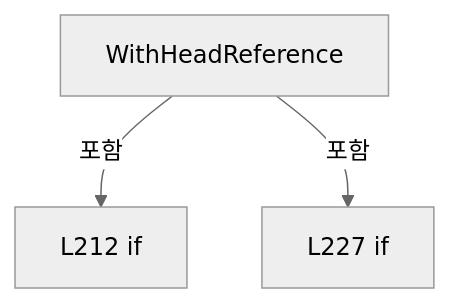
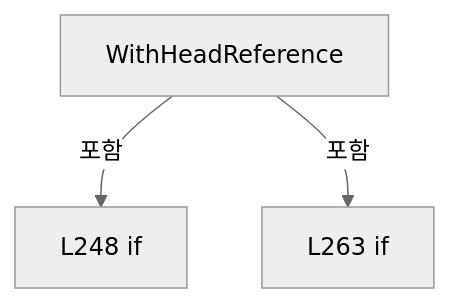
Before and after one commit to kjuws10-rgb/Shared: diagram 15 of 16 in A3 LD Code Ref/files/Drilling.Common/Correction/CDefaultOffsetCalibration.cs.md, drawn with Mermaid (neutral theme). The commit also changed other lines of this file and 1984 other files, not shown here.

Commit message:
docs(a3): update 11.17.0 architecture and complete code reference

````diff
--- a/A3 LD Code Ref/files/Drilling.Common/Correction/CDefaultOffsetCalibration.cs.md
+++ b/A3 LD Code Ref/files/Drilling.Common/Correction/CDefaultOffsetCalibration.cs.md
@@ -1407,8 +1630,8 @@
 ```mermaid
 flowchart TD
  M["WithHeadReference"]
- N0["L212 if"]
+ N0["L248 if"]
  M -->|포함| N0
- N1["L227 if"]
+ N1["L263 if"]
  M -->|포함| N1
 ```
````
